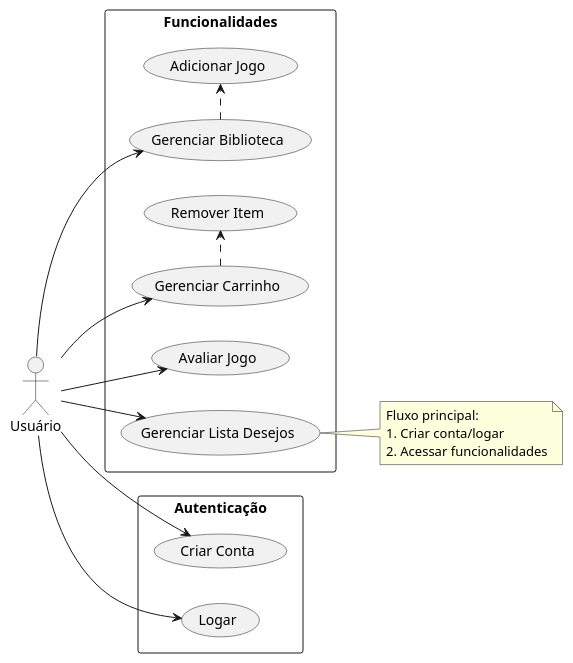
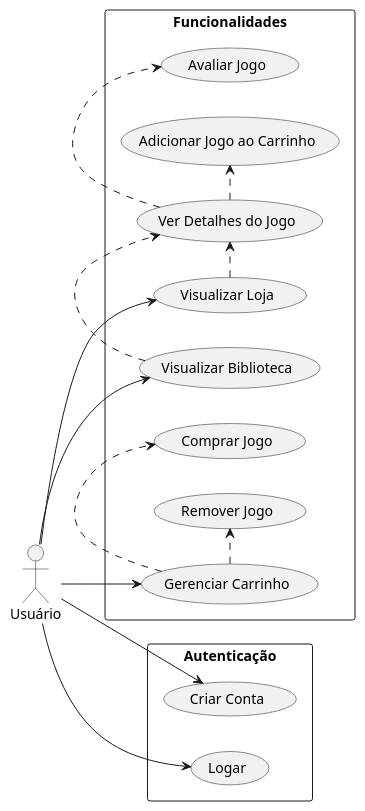
One commit to fatec-project/lm-projeto-interdisciplinar-sem-5 changed the diagram in diagramas/casosUso.puml. Above: the diagram before and after it, drawn with PlantUML. The commit also changed 8 other files, not shown here.

Commit message:
Terminei todos os diagramas e arquivos

```diff
--- a/diagramas/casosUso.puml
+++ b/diagramas/casosUso.puml
@@ -1,30 +1,26 @@
 @startuml casosUso
 left to right direction
 
 actor Usuário
 
 rectangle "Autenticação" {
   (Criar Conta) 
   (Logar)
 }
 
 rectangle "Funcionalidades" {
-  (Avaliar Jogo)
-  (Gerenciar Biblioteca) .> (Adicionar Jogo)
-  (Gerenciar Carrinho) .> (Remover Item)
-  (Gerenciar Lista Desejos)
+  (Visualizar Loja) .> (Ver Detalhes do Jogo)
+  (Visualizar Biblioteca) .> (Ver Detalhes do Jogo)
+  (Ver Detalhes do Jogo) .> (Avaliar Jogo)
+  (Ver Detalhes do Jogo) .> (Adicionar Jogo ao Carrinho)
+  (Gerenciar Carrinho) .> (Comprar Jogo)
+  (Gerenciar Carrinho) .> (Remover Jogo)
 }
 
 Usuário --> (Criar Conta)
 Usuário --> (Logar)
-Usuário --> (Avaliar Jogo)
-Usuário --> (Gerenciar Biblioteca)
+Usuário --> (Visualizar Loja)
+Usuário --> (Visualizar Biblioteca)
 Usuário --> (Gerenciar Carrinho)
-Usuário --> (Gerenciar Lista Desejos)
 
-note right
-  Fluxo principal:
-  1. Criar conta/logar
-  2. Acessar funcionalidades
-end note
 @enduml
```
